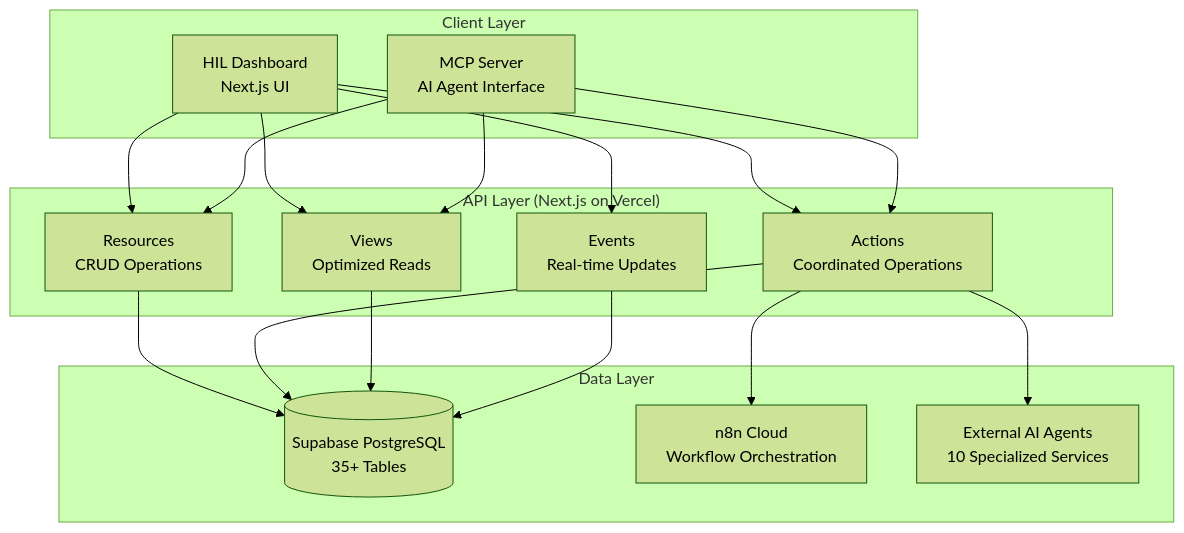
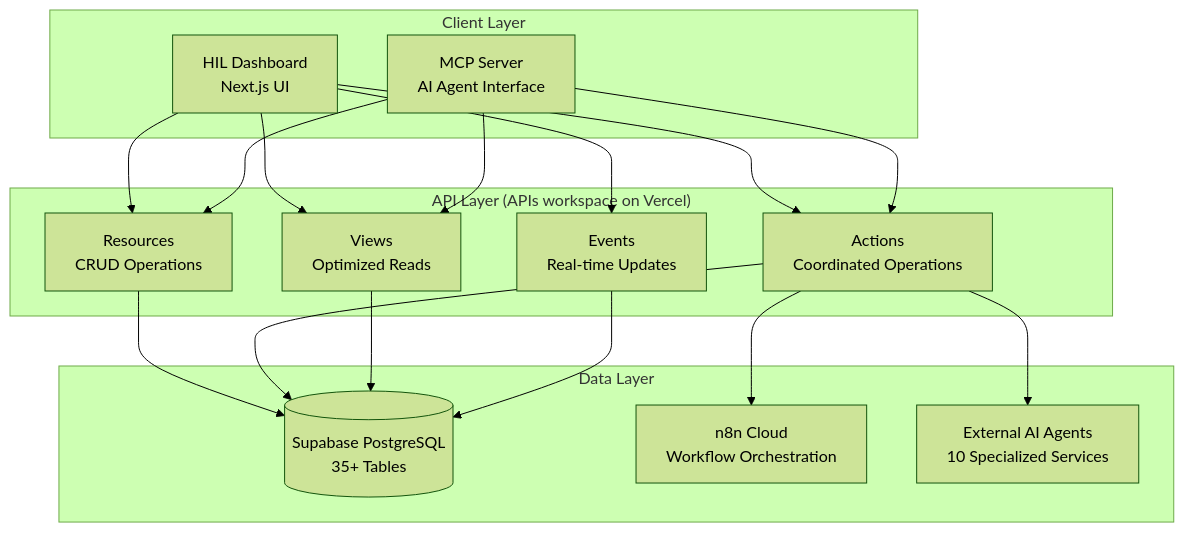
The first of 3 diagrams in docs/03_API_SPECIFICATIONS.md (InspectHOA/rexera2), drawn with Mermaid (forest theme) before and after one commit. The commit also changed 45 other files, not shown here.

````diff
--- a/docs/03_API_SPECIFICATIONS.md
+++ b/docs/03_API_SPECIFICATIONS.md
@@ -52,36 +52,36 @@
 ```mermaid
 graph TB
     subgraph "Client Layer"
         HIL[HIL Dashboard<br/>Next.js UI]
         MCP[MCP Server<br/>AI Agent Interface]
     end
     
-    subgraph "API Layer (Next.js on Vercel)"
+    subgraph "API Layer (APIs workspace on Vercel)"
         RESOURCES[Resources<br/>CRUD Operations]
         ACTIONS[Actions<br/>Coordinated Operations]
         VIEWS[Views<br/>Optimized Reads]
         EVENTS[Events<br/>Real-time Updates]
     end
     
     subgraph "Data Layer"
         DB[(Supabase PostgreSQL<br/>35+ Tables)]
         N8N[n8n Cloud<br/>Workflow Orchestration]
         AGENTS[External AI Agents<br/>10 Specialized Services]
     end
     
     HIL --> RESOURCES
     HIL --> ACTIONS
     HIL --> VIEWS
     HIL --> EVENTS
     
     MCP --> RESOURCES
     MCP --> ACTIONS
     MCP --> VIEWS
     
     RESOURCES --> DB
     ACTIONS --> DB
     ACTIONS --> N8N
     ACTIONS --> AGENTS
     VIEWS --> DB
     EVENTS --> DB
 ```
````
